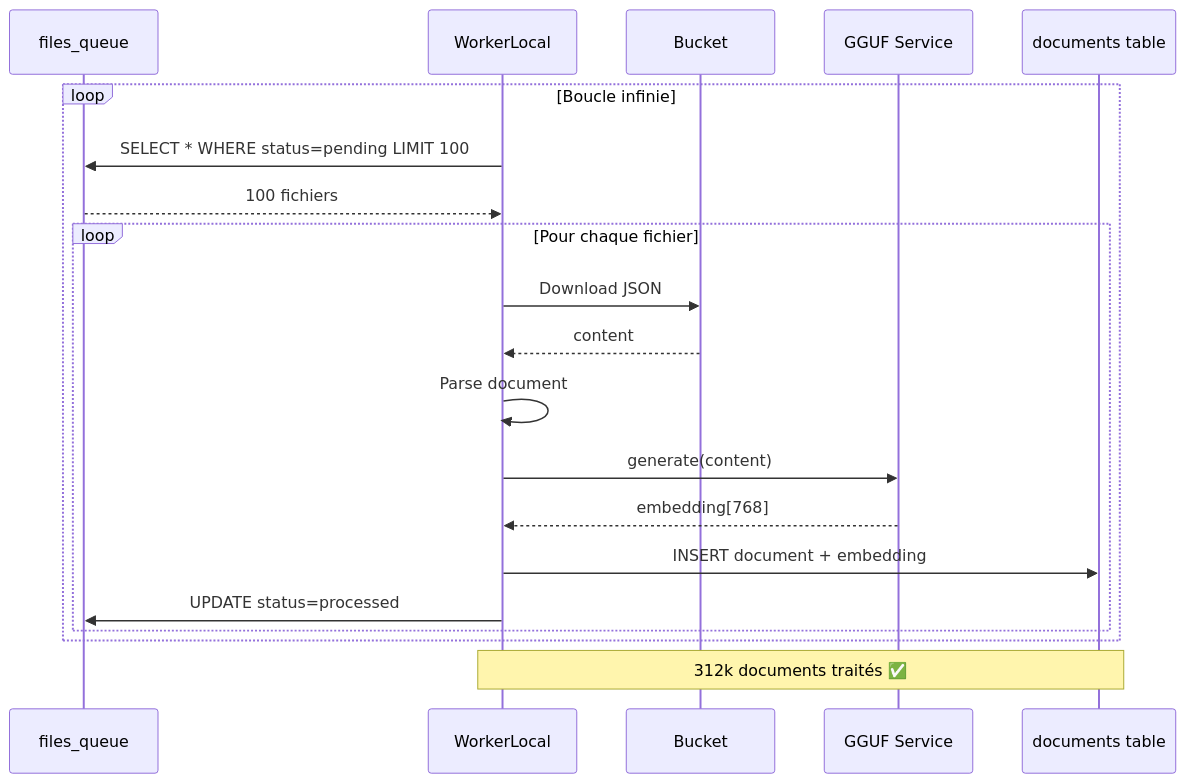
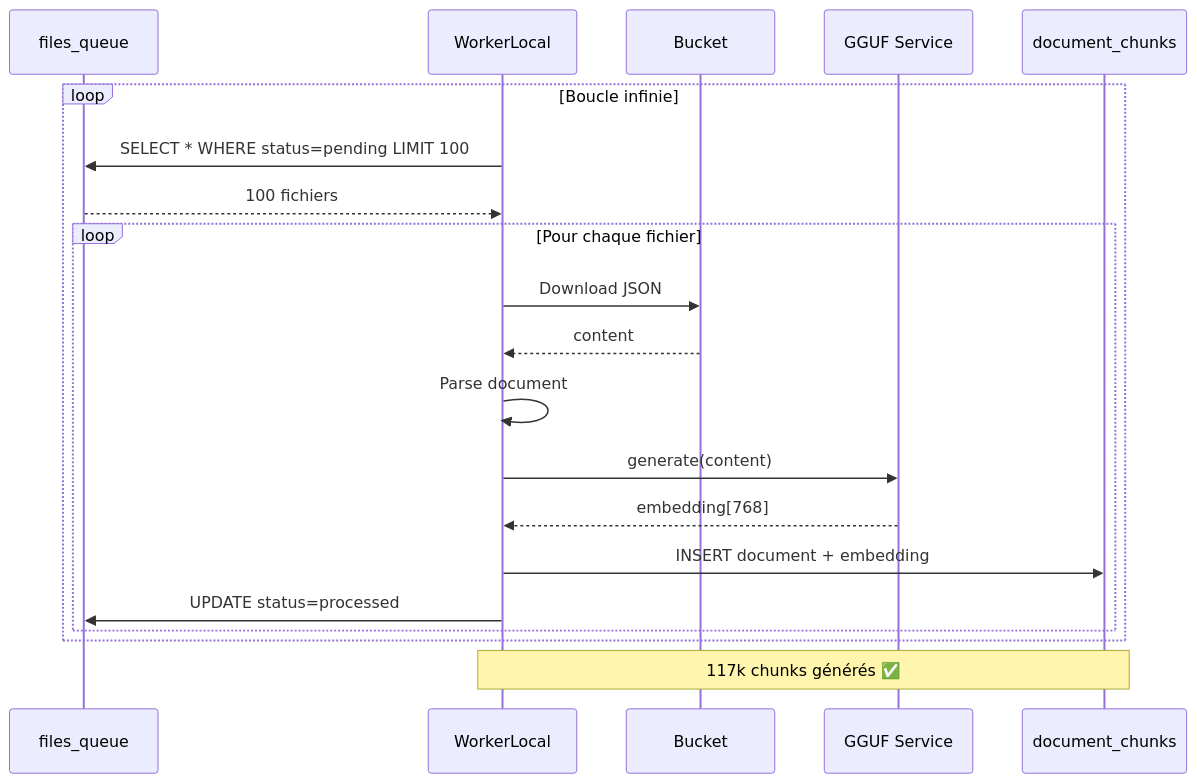
The fifth of 5 diagrams in 01-ARCHITECTURE-GLOBALE.md (Volgine/Documentations-Projets-ArchiReg), drawn with Mermaid before and after one commit. The commit also changed other lines of this file and 2 other files, not shown here.

````diff
--- a/01-ARCHITECTURE-GLOBALE.md
+++ b/01-ARCHITECTURE-GLOBALE.md
@@ -222,28 +219,28 @@
 ```mermaid
 sequenceDiagram
     participant FQ as files_queue
     participant WL as WorkerLocal
     participant BKT as Bucket
     participant GGUF as GGUF Service
-    participant DB as documents table
+    participant DB as document_chunks
     
     loop Boucle infinie
         WL->>FQ: SELECT * WHERE status=pending LIMIT 100
         FQ-->>WL: 100 fichiers
         
         loop Pour chaque fichier
             WL->>BKT: Download JSON
             BKT-->>WL: content
             
             WL->>WL: Parse document
             
             WL->>GGUF: generate(content)
             GGUF-->>WL: embedding[768]
             
             WL->>DB: INSERT document + embedding
             WL->>FQ: UPDATE status=processed
         end
     end
     
-    Note over WL,DB: 312k documents traités ✅
+    Note over WL,DB: 117k chunks générés ✅
 ```
````
